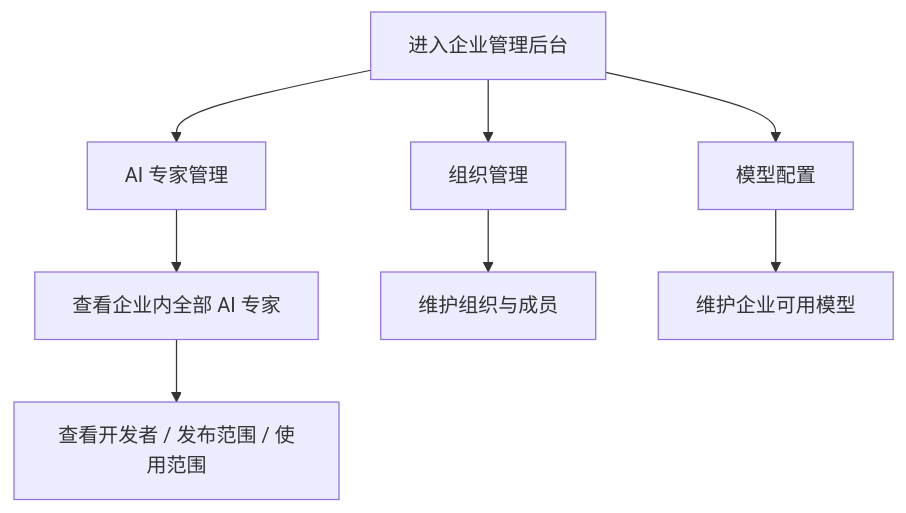
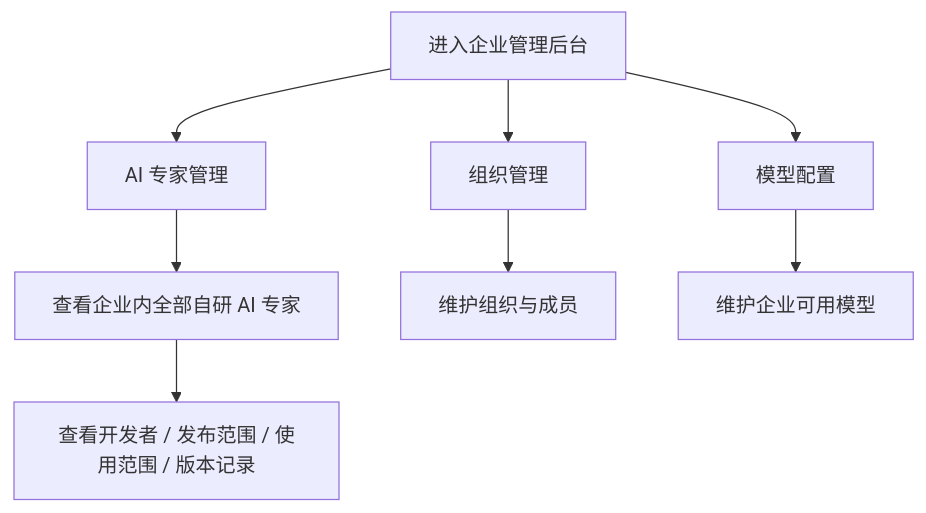
Before and after one commit to wanquanY/Frontis_prd: the third of 4 diagrams in Frontis AI · 完整 PRD V2.md, drawn with Mermaid. The commit also changed other lines of this file and 12 other files, not shown here.

````diff
--- a/Frontis AI · 完整 PRD V2.md
+++ b/Frontis AI · 完整 PRD V2.md
@@ -244,10 +245,10 @@
 ```mermaid
 flowchart TD
   A["进入企业管理后台"] --> B["AI 专家管理"]
-  B --> C["查看企业内全部 AI 专家"]
-  C --> D["查看开发者 / 发布范围 / 使用范围"]
+  B --> C["查看企业内全部自研 AI 专家"]
+  C --> D["查看开发者 / 发布范围 / 使用范围 / 版本记录"]
   A --> E["组织管理"]
   E --> F["维护组织与成员"]
   A --> G["模型配置"]
   G --> H["维护企业可用模型"]
 ```
````
